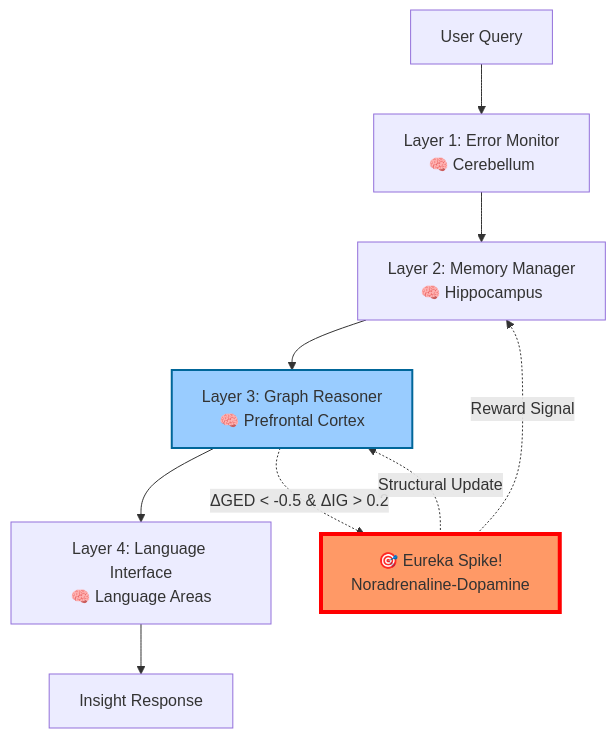
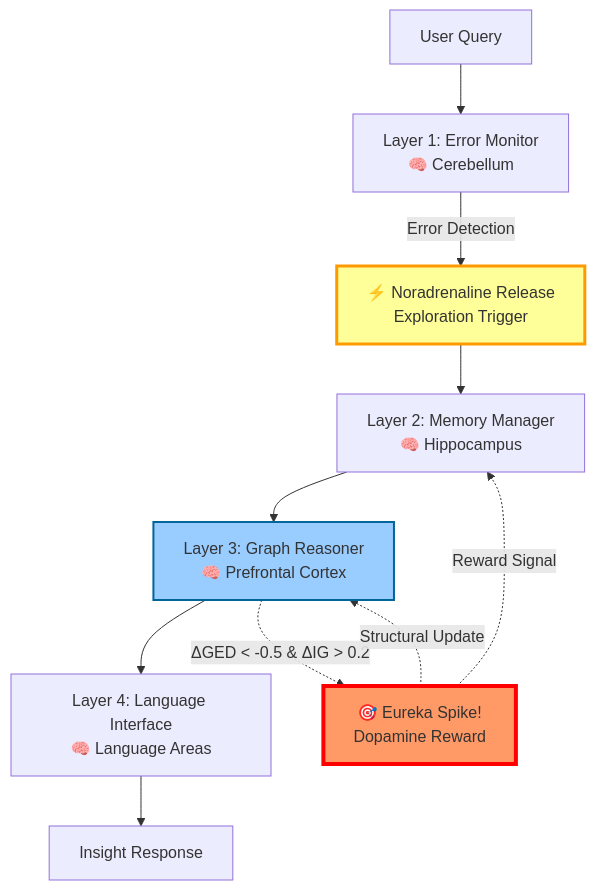
The diagram in README.md (miyauchikazuyoshi/InsightSpike-AI), drawn with Mermaid before and after one commit. The commit also changed other lines of this file, not shown here.

````diff
--- a/README.md
+++ b/README.md
@@ -174,15 +174,17 @@
 ```mermaid
 graph TD
     Query[User Query] --> L1[Layer 1: Error Monitor<br/>🧠 Cerebellum]
-    L1 --> L2[Layer 2: Memory Manager<br/>🧠 Hippocampus]
+    L1 -->|Error Detection| NA[⚡ Noradrenaline Release<br/>Exploration Trigger]
+    NA --> L2[Layer 2: Memory Manager<br/>🧠 Hippocampus]
     L2 --> L3[Layer 3: Graph Reasoner<br/>🧠 Prefrontal Cortex]
     L3 --> L4[Layer 4: Language Interface<br/>🧠 Language Areas]
     L4 --> Response[Insight Response]
     
-    L3 -.->|ΔGED < -0.5 & ΔIG > 0.2| Spike[🎯 Eureka Spike!<br/>Noradrenaline-Dopamine]
+    L3 -.->|ΔGED < -0.5 & ΔIG > 0.2| Spike[🎯 Eureka Spike!<br/>Dopamine Reward]
     Spike -.->|Reward Signal| L2
     Spike -.->|Structural Update| L3
     
+    style NA fill:#ff9,stroke:#f90,stroke-width:3px
     style Spike fill:#f96,stroke:#f00,stroke-width:4px
     style L3 fill:#9cf,stroke:#069,stroke-width:2px
 ```
````
